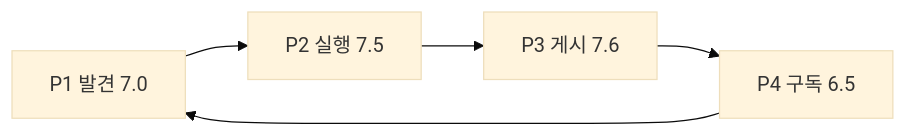
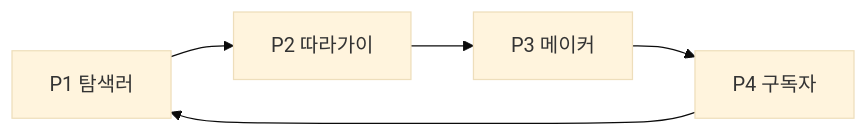
Before and after one commit to pentanike-UX/course-sns: the diagram in docs/UX-PERSONA-PAINPOINTS.md, drawn with Mermaid (base theme). The commit also changed other lines of this file and 3 other files, not shown here.

````diff
--- a/docs/UX-PERSONA-PAINPOINTS.md
+++ b/docs/UX-PERSONA-PAINPOINTS.md
@@ -162,7 +29,7 @@
 ```mermaid
 flowchart LR
-  P1[P1 발견 7.0] --> P2[P2 실행 7.5]
-  P2 --> P3[P3 게시 7.6]
-  P3 --> P4[P4 구독 6.5]
+  P1[P1 탐색러] --> P2[P2 따라가이]
+  P2 --> P3[P3 메이커]
+  P3 --> P4[P4 구독자]
   P4 --> P1
 ```
````
